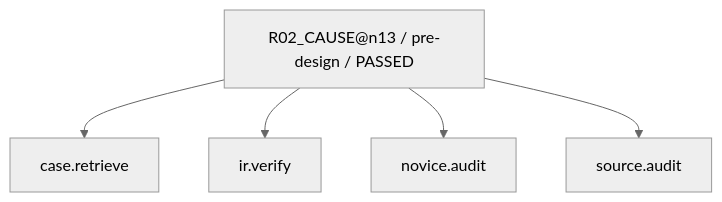
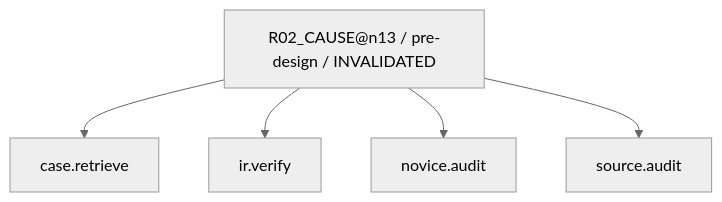
Before and after one commit to rrikunagasige-dot/kyotsu-step-web: the second of 28 diagrams in work/items/W-MATH-048-n1314-source-audit/generated/CAPABILITY_FIRE_DIAGRAM.md, drawn with Mermaid (neutral theme). The commit also changed other lines of this file and 32 other files, not shown here.

````diff
--- a/work/items/W-MATH-048-n1314-source-audit/generated/CAPABILITY_FIRE_DIAGRAM.md
+++ b/work/items/W-MATH-048-n1314-source-audit/generated/CAPABILITY_FIRE_DIAGRAM.md
@@ -24,12 +24,12 @@
 ```mermaid
 flowchart TD
-  N0["R02_CAUSE@n13 / pre-design / PASSED"]
+  N0["R02_CAUSE@n13 / pre-design / INVALIDATED"]
   N1["case.retrieve"]
   N2["ir.verify"]
   N3["source.audit"]
   N4["novice.audit"]
   N0 --> N1
   N0 --> N2
   N0 --> N4
   N0 --> N3
 ```
````
